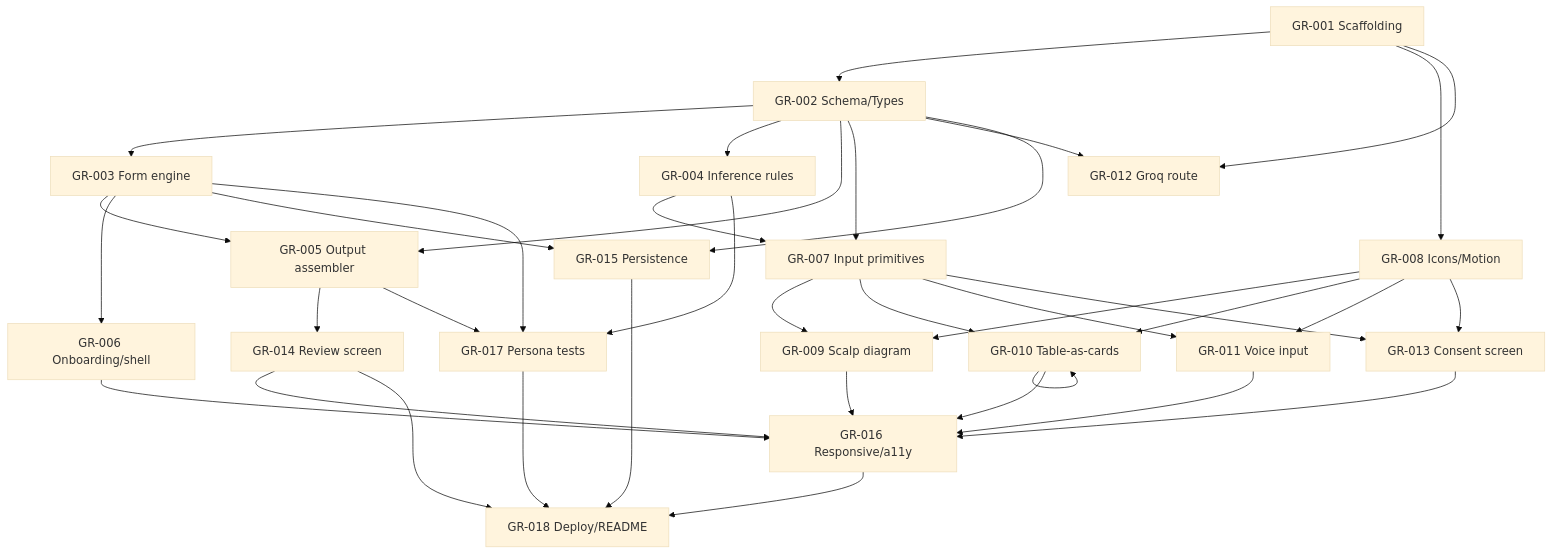
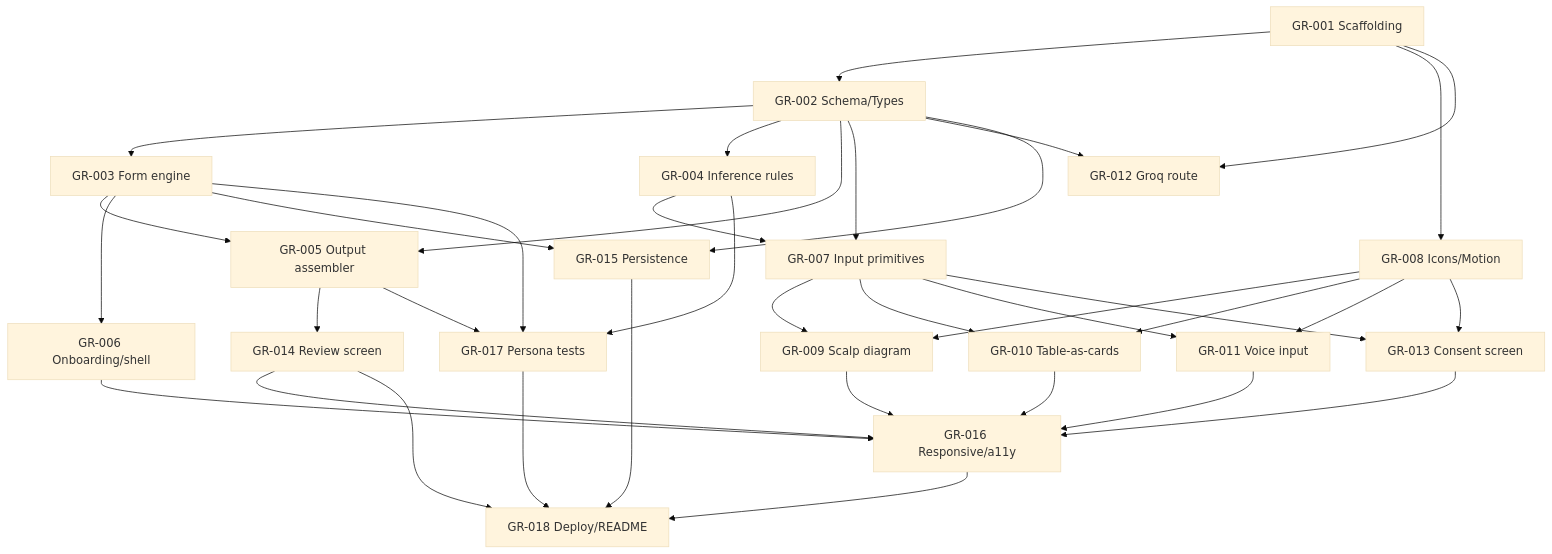
Before and after one commit to SharmaSamridhhi/genoroot: the diagram in specs/README.md, drawn with Mermaid (base theme).

Commit message:
docs: remove stray self-loop edge in dependency graph

````diff
--- a/specs/README.md
+++ b/specs/README.md
@@ -36,47 +36,45 @@
 ```mermaid
 graph TD
   GR001[GR-001 Scaffolding] --> GR002[GR-002 Schema/Types]
   GR001 --> GR008[GR-008 Icons/Motion]
   GR001 --> GR012[GR-012 Groq route]
 
   GR002 --> GR003[GR-003 Form engine]
   GR002 --> GR004[GR-004 Inference rules]
   GR002 --> GR005[GR-005 Output assembler]
   GR002 --> GR007[GR-007 Input primitives]
   GR002 --> GR012
   GR002 --> GR015[GR-015 Persistence]
 
   GR003 --> GR005
   GR003 --> GR006[GR-006 Onboarding/shell]
   GR003 --> GR015
   GR003 --> GR017[GR-017 Persona tests]
 
   GR004 --> GR007
   GR004 --> GR017
   GR005 --> GR014[GR-014 Review screen]
   GR005 --> GR017
 
   GR007 --> GR009[GR-009 Scalp diagram]
   GR007 --> GR010[GR-010 Table-as-cards]
   GR007 --> GR011[GR-011 Voice input]
   GR007 --> GR013[GR-013 Consent screen]
 
   GR008 --> GR009
   GR008 --> GR010
   GR008 --> GR011
   GR008 --> GR013
 
-  GR010 --> GR010
-
   GR006 --> GR016[GR-016 Responsive/a11y]
   GR009 --> GR016
   GR010 --> GR016
   GR011 --> GR016
   GR013 --> GR016
   GR014 --> GR016
 
   GR014 --> GR018[GR-018 Deploy/README]
   GR016 --> GR018
   GR017 --> GR018
   GR015 --> GR018
 ```
````
